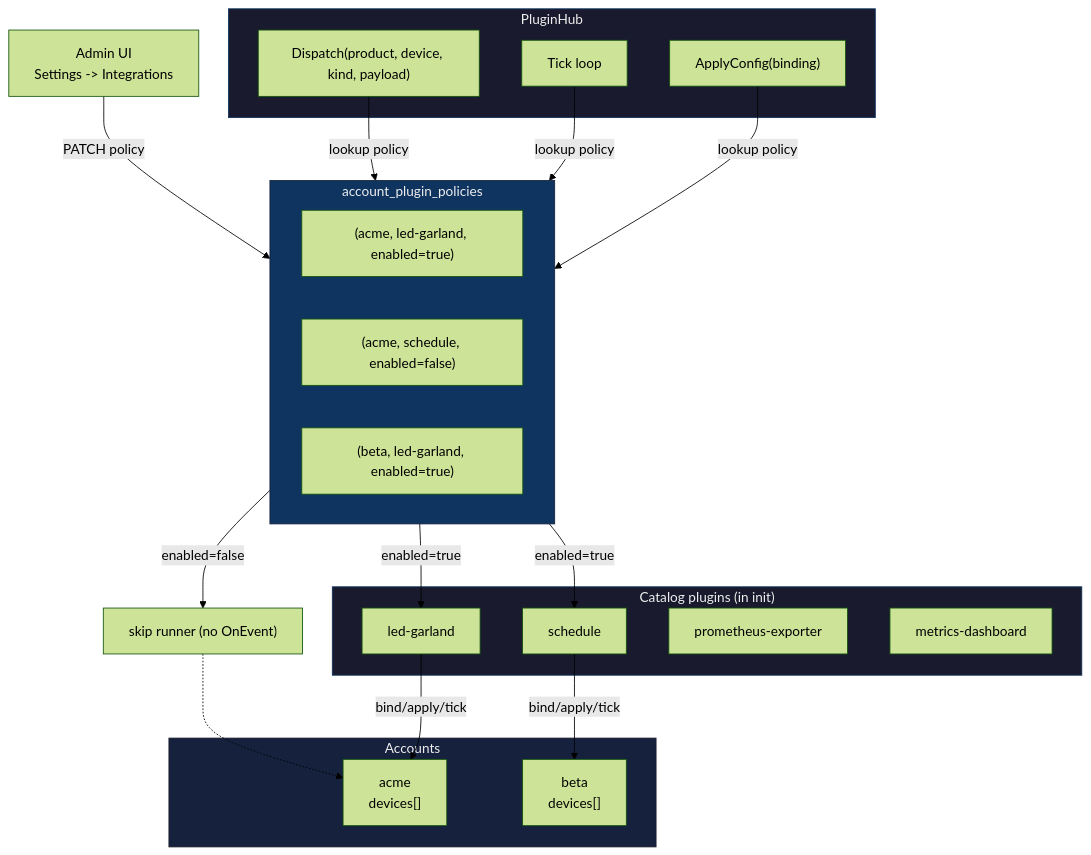
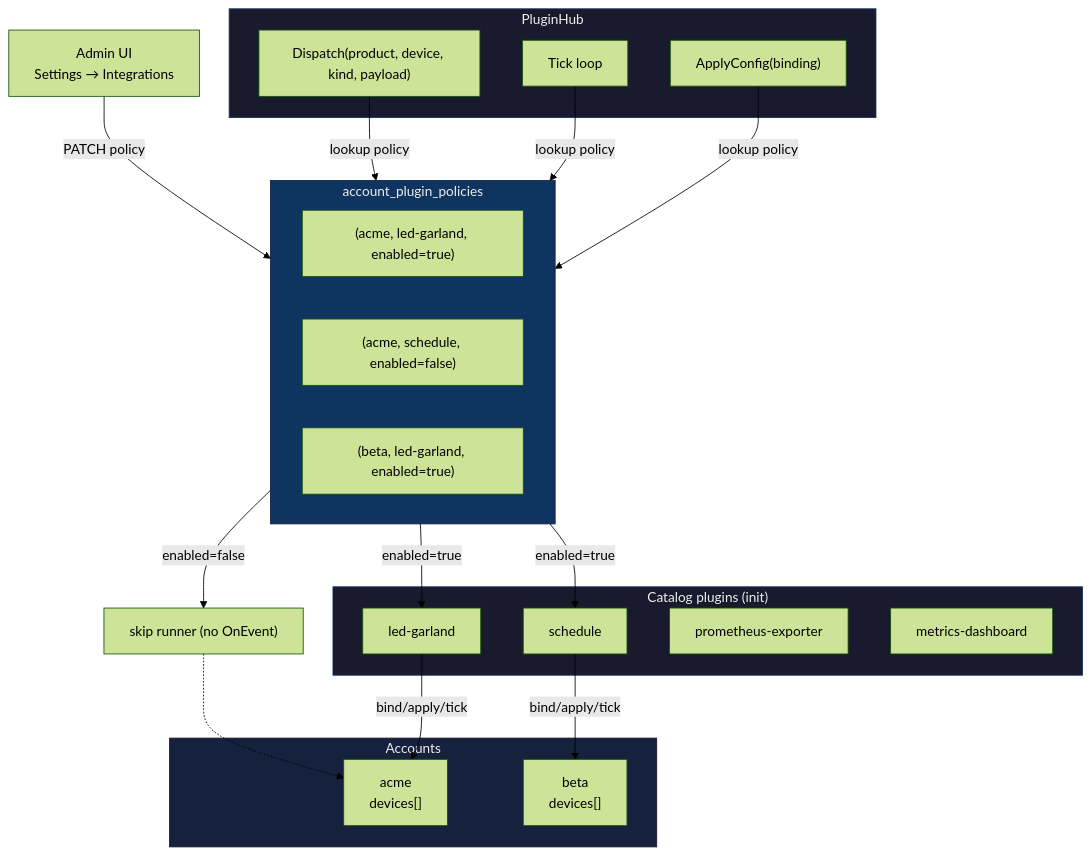
Before and after one commit to darvik80/iot-platform-go: the fifth of 5 diagrams in docs/en/16-multi-account.md, drawn with Mermaid (forest theme). The commit also changed other lines of this file and 1 other file, not shown here.

````diff
--- a/docs/en/16-multi-account.md
+++ b/docs/en/16-multi-account.md
@@ -497,46 +432,46 @@
 ```mermaid
 flowchart TB
-    subgraph Catalog["Catalog plugins (in init)"]
+    subgraph Catalog["Catalog plugins (init)"]
         LG["led-garland"]
         SCH["schedule"]
         PRO["prometheus-exporter"]
         MD["metrics-dashboard"]
     end
 
     subgraph Policy["account_plugin_policies"]
         T1["(acme, led-garland, enabled=true)"]
         T2["(acme, schedule, enabled=false)"]
         T3["(beta, led-garland, enabled=true)"]
     end
 
     subgraph Hub["PluginHub"]
         D["Dispatch(product, device, kind, payload)"]
         AR["ApplyConfig(binding)"]
         TI["Tick loop"]
     end
 
     subgraph Accounts["Accounts"]
         AC1["acme<br/>devices[]"]
         AC2["beta<br/>devices[]"]
     end
 
     AR -->|"lookup policy"| Policy
     TI -->|"lookup policy"| Policy
     D -->|"lookup policy"| Policy
 
     Policy -->|enabled=true| LG
     Policy -->|enabled=true| SCH
     Policy -->|enabled=false| SKIP["skip runner (no OnEvent)"]
 
     LG -->|bind/apply/tick| AC1
     SCH -->|bind/apply/tick| AC2
     SKIP -.-> AC1
 
     %% UI control
-    UI["Admin UI<br/>Settings -> Integrations"] -->|"PATCH policy"| Policy
+    UI["Admin UI<br/>Settings → Integrations"] -->|"PATCH policy"| Policy
 
     style Catalog fill:#1a1a2e,stroke:#0f3460,color:#eee
     style Policy fill:#0f3460,stroke:#16213e,color:#eee
     style Hub fill:#1a1a2e,stroke:#0f3460,color:#eee
     style Accounts fill:#16213e,stroke:#1a1a2e,color:#eee
 ```
````
